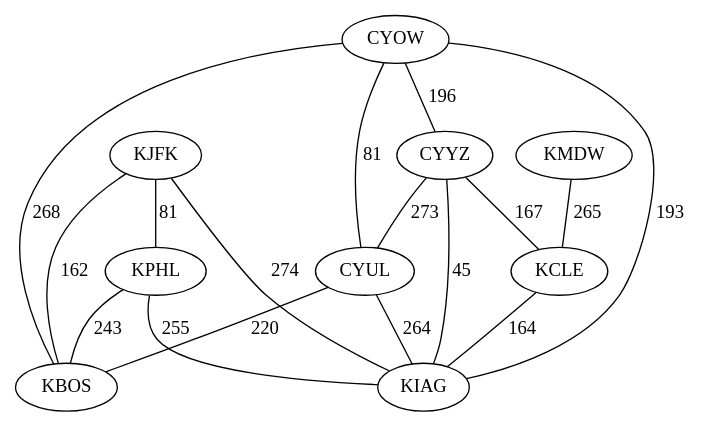
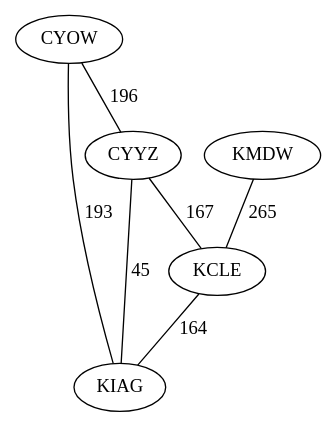
Before and after one commit to 0YKahil/Flight-Path-Optimizer: the diagram in dot_files/airports.dot, drawn with Graphviz. The commit also changed 6 other files, not shown here.

```diff
--- a/dot_files/airports.dot
+++ b/dot_files/airports.dot
@@ -1,18 +1,8 @@
 graph G {
-    "KJFK" -- "KPHL" [label="81"];
-    "KJFK" -- "KBOS" [label="162"];
-    "KJFK" -- "KIAG" [label="274"];
     "CYOW" -- "CYYZ" [label="196"];
-    "CYOW" -- "CYUL" [label="81"];
-    "CYOW" -- "KBOS" [label="268"];
     "CYOW" -- "KIAG" [label="193"];
     "KMDW" -- "KCLE" [label="265"];
-    "CYYZ" -- "CYUL" [label="273"];
     "CYYZ" -- "KCLE" [label="167"];
     "CYYZ" -- "KIAG" [label="45"];
-    "CYUL" -- "KBOS" [label="220"];
-    "CYUL" -- "KIAG" [label="264"];
     "KCLE" -- "KIAG" [label="164"];
-    "KPHL" -- "KBOS" [label="243"];
-    "KPHL" -- "KIAG" [label="255"];
 }
```
